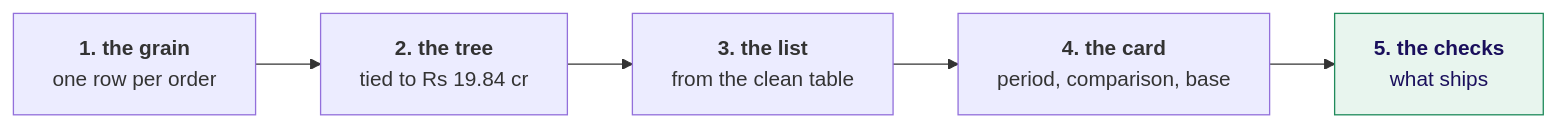
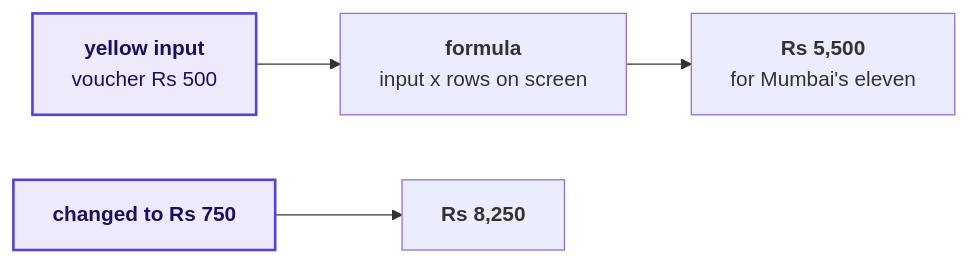
Before and after one commit to fde-academy-lab/c2-content-factory: the fourth of 12 diagrams in content/W02/D5/slides/C2_W02_D05_half2_STUDENT.md, drawn with Mermaid. The commit also changed other lines of this file and 5 other files, not shown here.

````diff
--- a/content/W02/D5/slides/C2_W02_D05_half2_STUDENT.md
+++ b/content/W02/D5/slides/C2_W02_D05_half2_STUDENT.md
@@ -50,9 +242,8 @@
 ```mermaid
 flowchart LR
-    A["<b>1. the grain</b><br/>one row per order"] --> B["<b>2. the tree</b><br/>tied to Rs 19.84 cr"]
-    B --> C["<b>3. the list</b><br/>from the clean table"]
-    C --> D["<b>4. the card</b><br/>period, comparison, base"]
-    D --> E["<b>5. the checks</b><br/>what ships"]
-    classDef good fill:#E8F5EE,stroke:#1F8A5B,color:#1A0F5C
-    class E good
+    Y["<b>yellow input</b><br/>voucher Rs 500"] --> F["<b>formula</b><br/>input x rows on screen"]
+    F --> C["<b>Rs 5,500</b><br/>for Mumbai's eleven"]
+    Y2["<b>changed to Rs 750</b>"] --> C2["<b>Rs 8,250</b>"]
+    classDef known fill:#EEEAFB,stroke:#5B3FD6,color:#1A0F5C,stroke-width:2px
+    class Y,Y2 known
 ```
````
